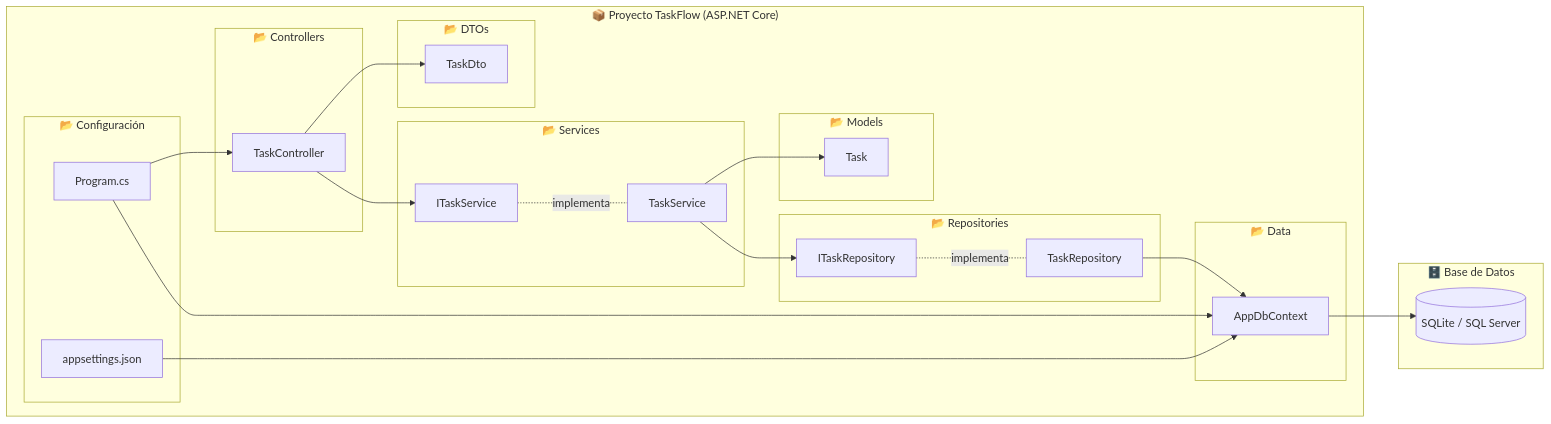
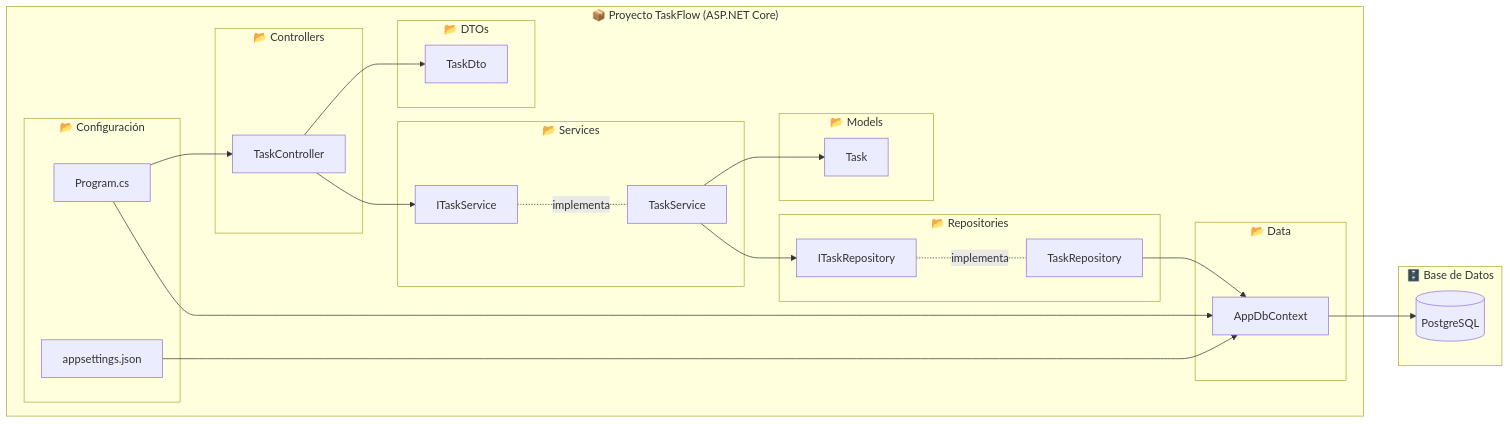
The fourth of 4 diagrams in ADR-02-Vistas-Arquitectonicas-TaskFlow.md (kiki-bot-sudo/Arq-Soft-TaskFlow-Enrique), drawn with Mermaid before and after one commit. The commit also changed other lines of this file, not shown here.

````diff
--- a/ADR-02-Vistas-Arquitectonicas-TaskFlow.md
+++ b/ADR-02-Vistas-Arquitectonicas-TaskFlow.md
@@ -163,52 +163,52 @@
 ```mermaid
 graph LR
     subgraph TaskFlow_Project["📦 Proyecto TaskFlow (ASP.NET Core)"]
 
         subgraph Controllers["📂 Controllers"]
             TC[TaskController]
         end
 
         subgraph Services["📂 Services"]
             TS[TaskService]
             ITS[ITaskService]
         end
 
         subgraph Repositories["📂 Repositories"]
             TR[TaskRepository]
             ITR[ITaskRepository]
         end
 
         subgraph Models["📂 Models"]
             TM[Task]
         end
 
         subgraph DTOs["📂 DTOs"]
             TD[TaskDto]
         end
 
         subgraph Data["📂 Data"]
             CTX[AppDbContext]
         end
 
         subgraph Config["📂 Configuración"]
             PP[Program.cs]
             AS[appsettings.json]
         end
     end
 
     subgraph Externo["🗄️ Base de Datos"]
-        DB[("SQLite / SQL Server")]
+        DB[("PostgreSQL")]
     end
 
     TC --> ITS
     ITS -.implementa.- TS
     TS --> ITR
     ITR -.implementa.- TR
     TR --> CTX
     CTX --> DB
     TC --> TD
     TS --> TM
     PP --> TC
     PP --> CTX
     AS --> CTX
 ```
````
